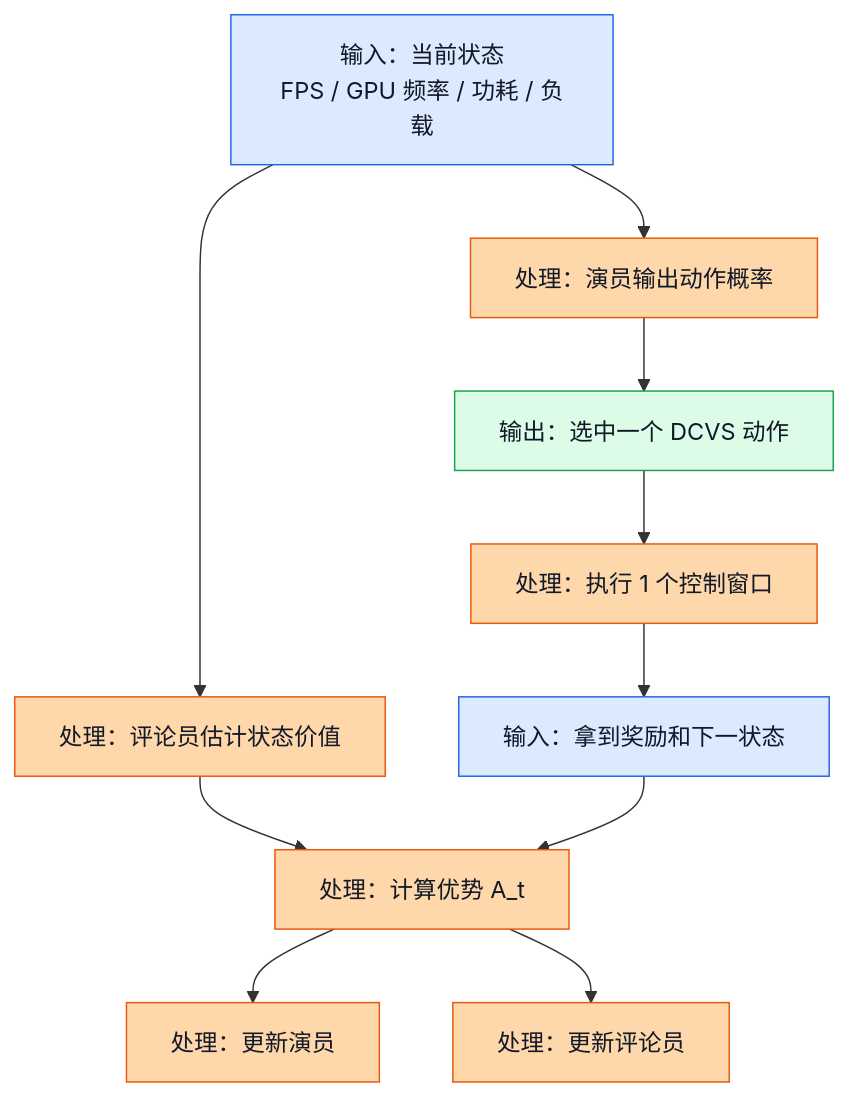
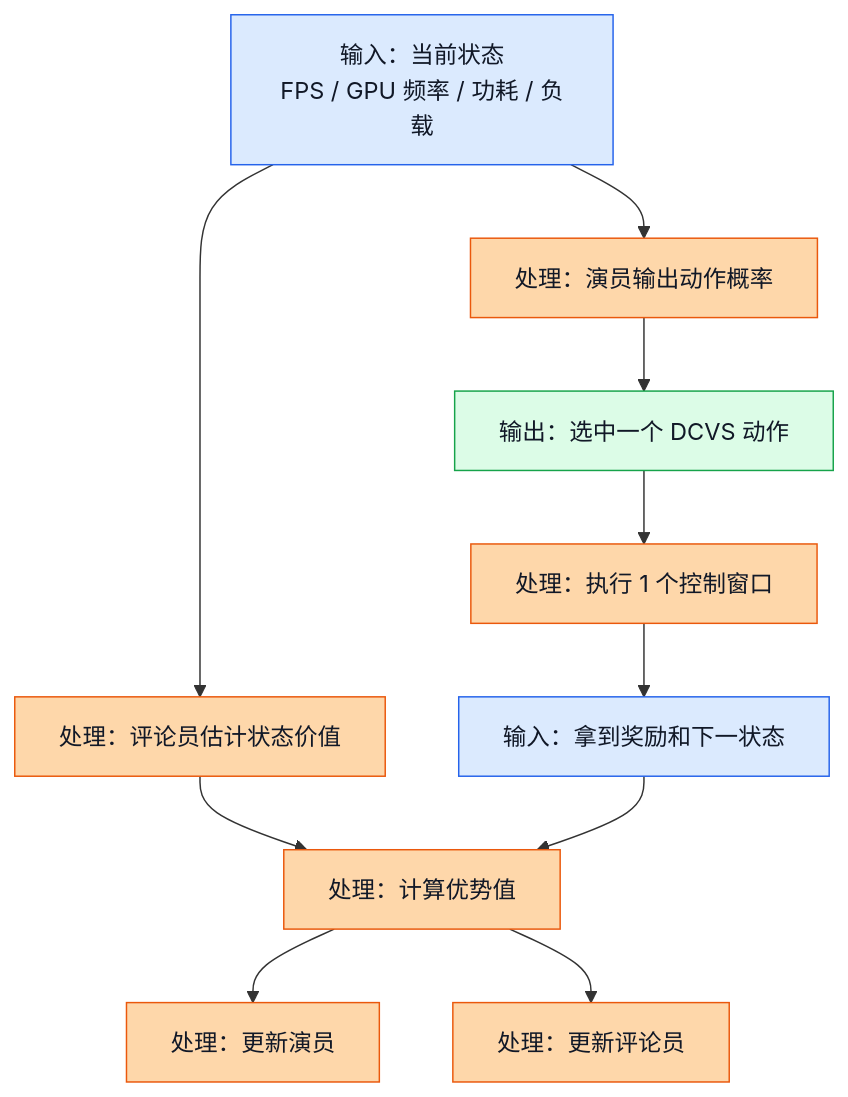
The first of 2 diagrams in learn/11_Actor_Critic_A2C.md (Mrphase/RL-Doc), drawn with Mermaid before and after one commit. The commit also changed other lines of this file and 14 other files, not shown here.

First line of the commit message:
fix: clean mermaid labels in learn docs

````diff
--- a/learn/11_Actor_Critic_A2C.md
+++ b/learn/11_Actor_Critic_A2C.md
@@ -215,20 +215,20 @@
 ```mermaid
 flowchart TD
     A["输入：当前状态<br/>FPS / GPU 频率 / 功耗 / 负载"] --> B["处理：演员输出动作概率"]
     A --> C["处理：评论员估计状态价值"]
     B --> D["输出：选中一个 DCVS 动作"]
     D --> E["处理：执行 1 个控制窗口"]
     E --> F["输入：拿到奖励和下一状态"]
-    C --> G["处理：计算优势 A_t"]
+    C --> G["处理：计算优势值"]
     F --> G
     G --> H["处理：更新演员"]
     G --> I["处理：更新评论员"]
 
     classDef input fill:#dbeafe,stroke:#2563eb,color:#111827;
     classDef process fill:#fed7aa,stroke:#ea580c,color:#111827;
     classDef output fill:#dcfce7,stroke:#16a34a,color:#111827;
 
     class A,F input;
     class B,C,E,G,H,I process;
     class D output;
 ```
````
